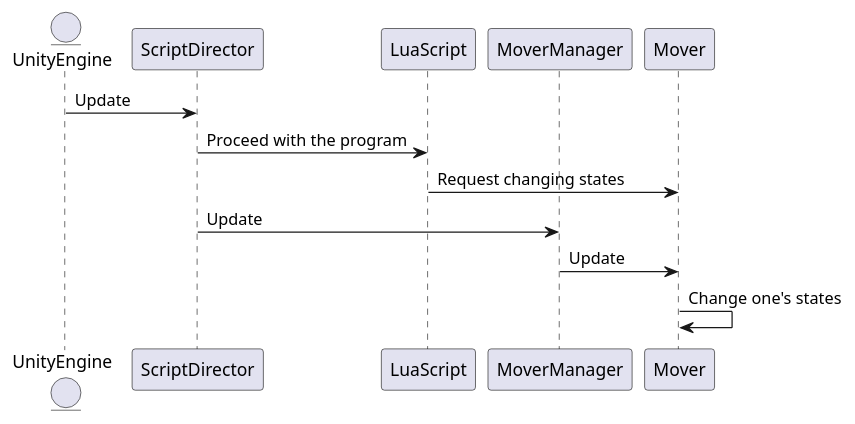
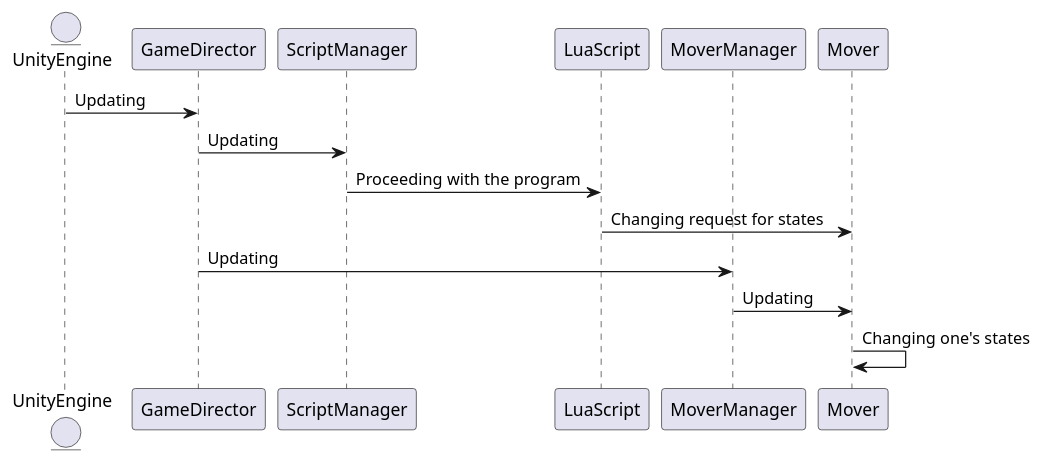
Before and after one commit to Wandao123/shmup_like_touhou: the second of 2 diagrams in docs/generating_object.pu, drawn with PlantUML. The commit also changed other lines of this file and 4 other files, not shown here.

```diff
--- a/docs/generating_object.pu
+++ b/docs/generating_object.pu
@@ -18,14 +19,16 @@
 @startuml UpdatingObjects
 entity UnityEngine
-participant ScriptDirector
+participant GameDirector
+participant ScriptManager
 participant LuaScript
 participant MoverManager
 participant Mover
 
-UnityEngine -> ScriptDirector : Update
-ScriptDirector -> LuaScript : Proceed with the program
-LuaScript -> Mover : Request changing states
-ScriptDirector -> MoverManager : Update
-MoverManager -> Mover : Update
-Mover -> Mover : Change one's states
+UnityEngine -> GameDirector : Updating
+GameDirector -> ScriptManager : Updating
+ScriptManager -> LuaScript : Proceeding with the program
+LuaScript -> Mover : Changing request for states
+GameDirector -> MoverManager : Updating
+MoverManager -> Mover : Updating
+Mover -> Mover : Changing one's states
 @enduml
```
